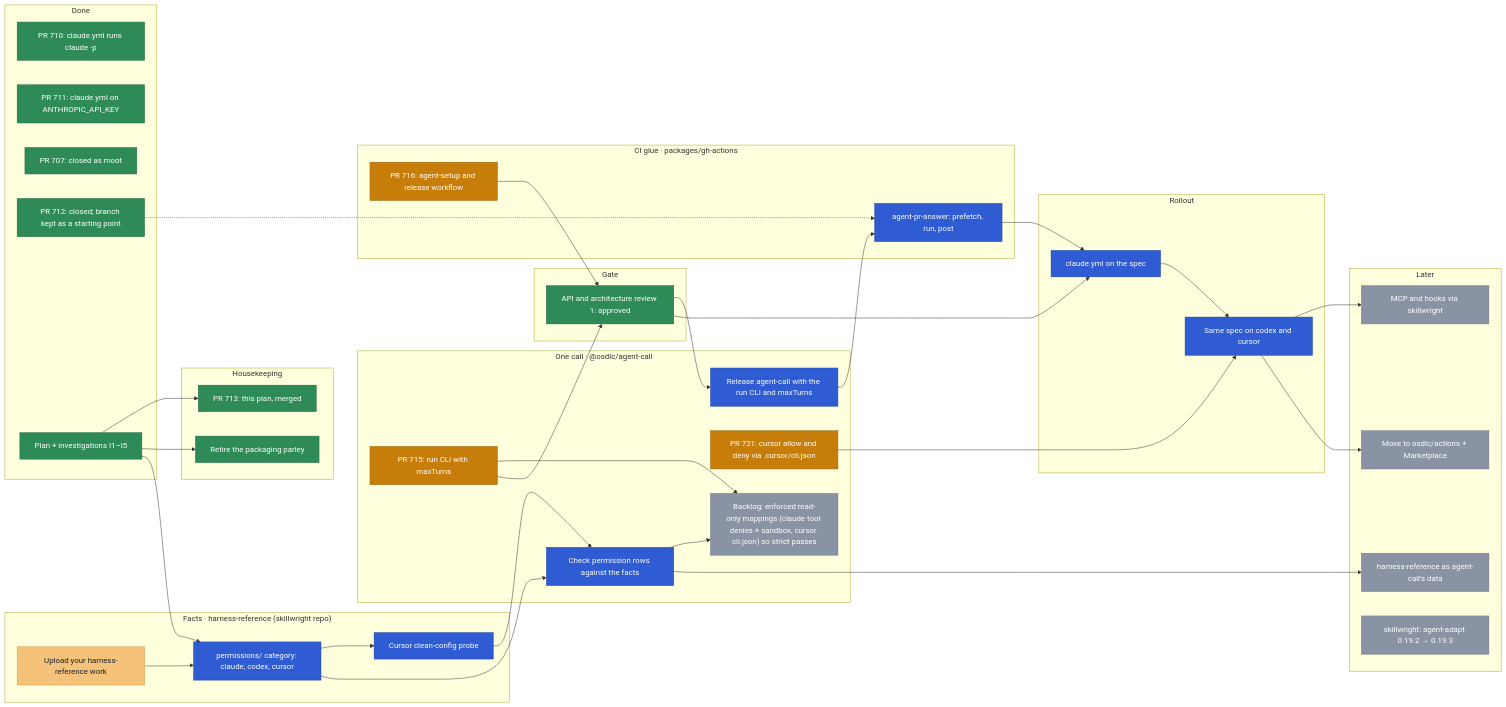
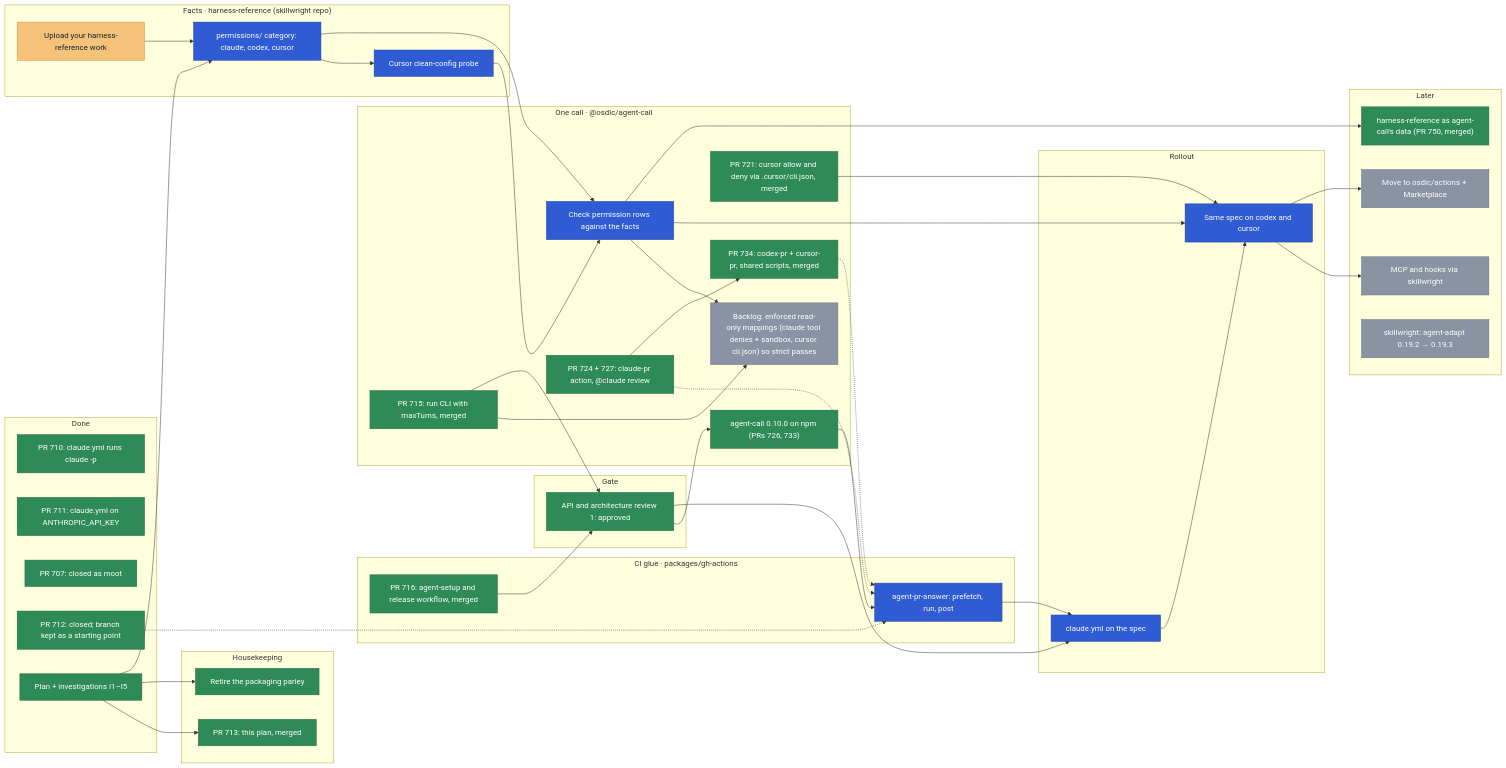
The first of 2 diagrams in docs/planning/agent-ci.md (osdlc/osdlc), drawn with Mermaid before and after one commit. The commit also changed other lines of this file, not shown here.

Commit message:
docs(planning): agents-in-CI status and review queue (#722)

````diff
--- a/docs/planning/agent-ci.md
+++ b/docs/planning/agent-ci.md
@@ -55,17 +55,19 @@
     PROBE["Cursor clean-config probe"]
   end
   subgraph call["One call · @osdlc/agent-call"]
-    RUN["PR 715: run CLI with maxTurns"]
+    RUN["PR 715: run CLI with maxTurns, merged"]
     CHECK["Check permission rows against the facts"]
     STRICT["Backlog: enforced read-only mappings (claude tool denies + sandbox, cursor cli.json) so strict passes"]
-    CUR["PR 721: cursor allow and deny via .cursor/cli.json"]
-    REL["Release agent-call with the run CLI and maxTurns"]
+    CUR["PR 721: cursor allow and deny via .cursor/cli.json, merged"]
+    REV["PR 724 + 727: claude-pr action, @claude review"]
+    HPR["PR 734: codex-pr + cursor-pr, shared scripts, merged"]
+    REL["agent-call 0.10.0 on npm (PRs 726, 733)"]
   end
   subgraph gate["Gate"]
     ARCH["API and architecture review 1: approved"]
   end
   subgraph acts["CI glue · packages/gh-actions"]
-    SETUP["PR 716: agent-setup and release workflow"]
+    SETUP["PR 716: agent-setup and release workflow, merged"]
     ANS["agent-pr-answer: prefetch, run, post"]
   end
   subgraph roll["Rollout"]
@@ -75,7 +77,7 @@
   subgraph later["Later"]
     MCP["MCP and hooks via skillwright"]
     PUB["Move to osdlc/actions + Marketplace"]
-    DATA["harness-reference as agent-call's data"]
+    DATA["harness-reference as agent-call's data (PR 750, merged)"]
     PIN["skillwright: agent-adapt 0.19.2 → 0.19.3"]
   end
 
@@ -97,6 +99,10 @@
   ANS --> SPEC
   SPEC --> MULTI
   CUR --> MULTI
+  CHECK --> MULTI
+  REV -.-> ANS
+  REV --> HPR
+  HPR -.-> ANS
   MULTI --> MCP
   MULTI --> PUB
   CHECK --> DATA
@@ -110,10 +116,14 @@
   classDef yours fill:#f5c27a,stroke:#c99545,color:#1b2230
   classDef next fill:#2f5bd3,stroke:#2144a3,color:#ffffff
   classDef later fill:#8a93a3,stroke:#6b7384,color:#ffffff
-  class W710,P711,P707,P712,PLAN,PARLEY,PLANPR,ARCH done
+  class W710,P711,P707,P712,PLAN,PARLEY,PLANPR,ARCH,RUN done
   class UP yours
-  class RUN,SETUP active
-  class PERM,PROBE,CHECK,REL,ANS,SPEC,MULTI next
-  class CUR active
-  class MCP,PUB,DATA,PIN,STRICT later
+  class SETUP done
+  class REV done
+  class HPR done
+  class PERM,PROBE,CHECK,ANS,SPEC,MULTI next
+  class REL done
+  class CUR done
+  class MCP,PUB,PIN,STRICT later
+  class DATA done
 ```
````
